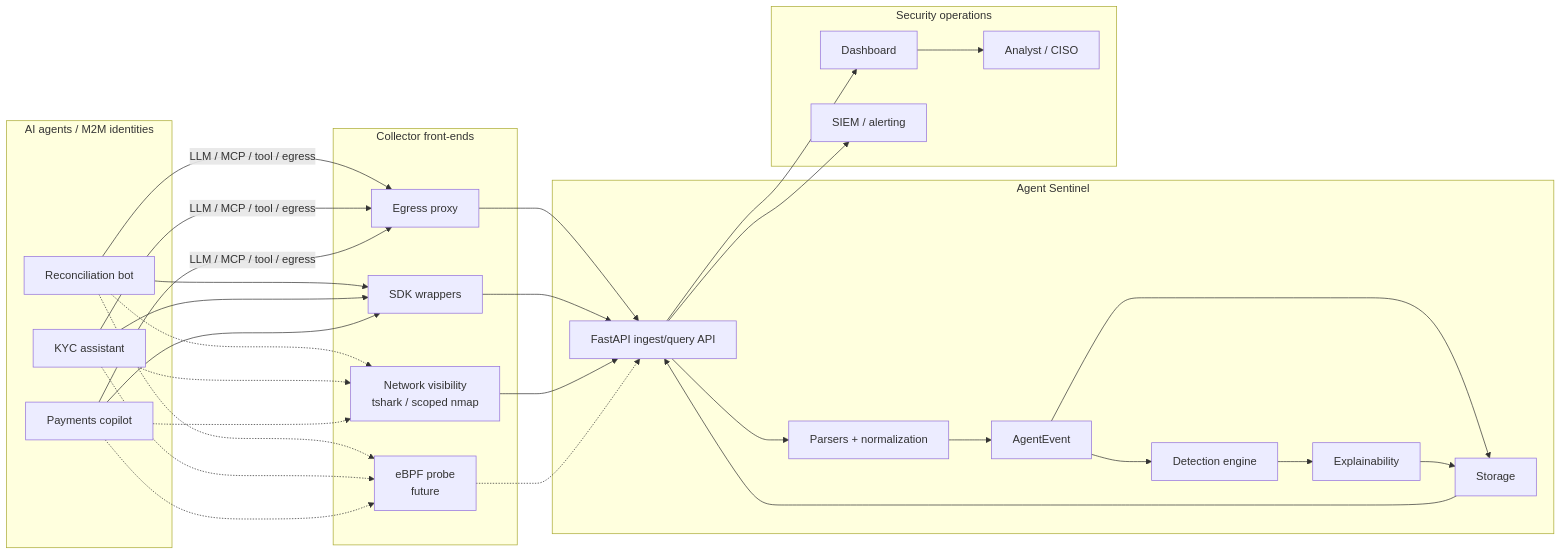
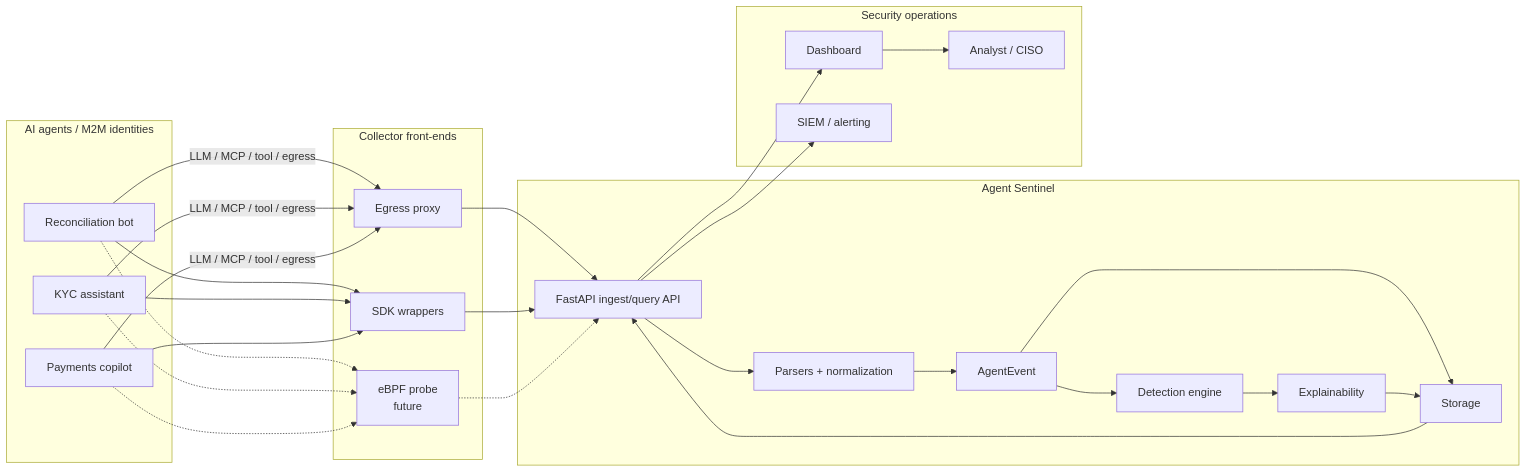
One commit to anandnarayanan2017/agent-sentinel-series changed the first of 7 diagrams in docs/ARCHITECTURE.md. Above: the diagram before and after it, drawn with Mermaid. The commit also changed other lines of this file and 31 other files, not shown here.

````diff
--- a/docs/ARCHITECTURE.md
+++ b/docs/ARCHITECTURE.md
@@ -8,43 +8,41 @@
 ```mermaid
 flowchart LR
     subgraph Agents["AI agents / M2M identities"]
         A1["Reconciliation bot"]
         A2["KYC assistant"]
         A3["Payments copilot"]
     end
 
     subgraph Capture["Collector front-ends"]
         P["Egress proxy"]
         S["SDK wrappers"]
-        N["Network visibility\ntshark / scoped nmap"]
         E["eBPF probe\nfuture"]
     end
 
     subgraph Sentinel["Agent Sentinel"]
         API["FastAPI ingest/query API"]
         PA["Parsers + normalization"]
         EV["AgentEvent"]
         DET["Detection engine"]
         EXP["Explainability"]
         ST["Storage"]
     end
 
     subgraph Consumers["Security operations"]
         D["Dashboard"]
         SIEM["SIEM / alerting"]
         AN["Analyst / CISO"]
     end
 
     A1 & A2 & A3 -->|"LLM / MCP / tool / egress"| P
     A1 & A2 & A3 --> S
-    A1 & A2 & A3 -.-> N
     A1 & A2 & A3 -.-> E
-    P & S & N --> API
+    P & S --> API
     E -.-> API
     API --> PA --> EV --> DET --> EXP
     EV --> ST
     EXP --> ST
     ST --> API
     API --> D & SIEM
     D --> AN
 ```
````
